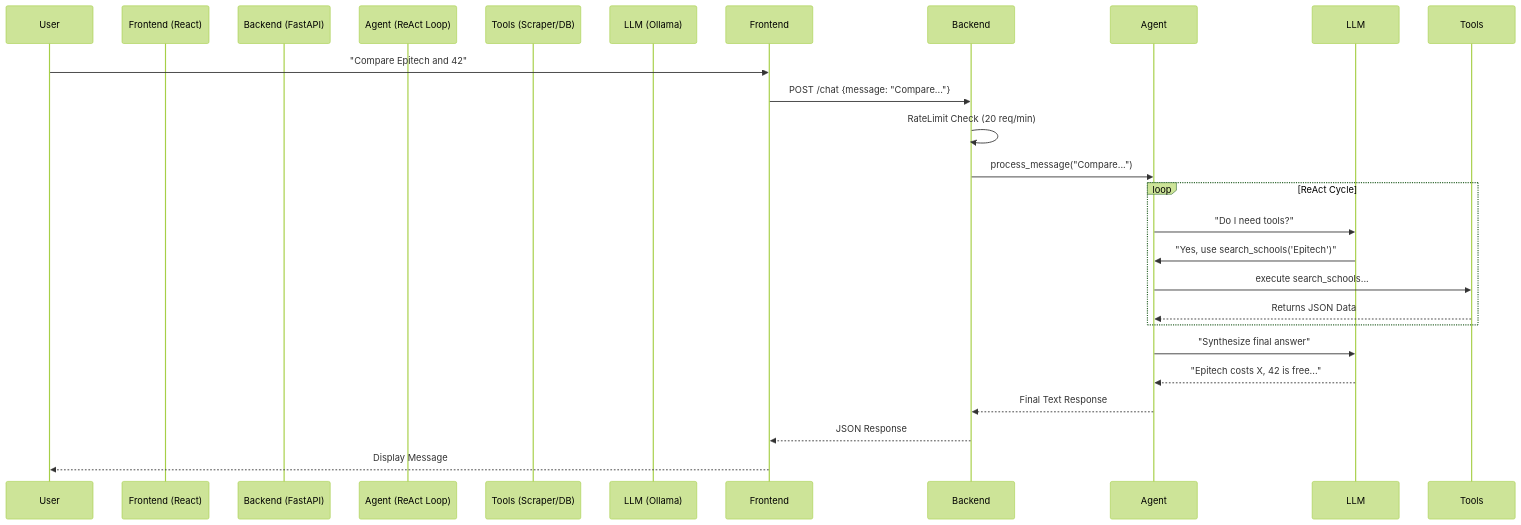
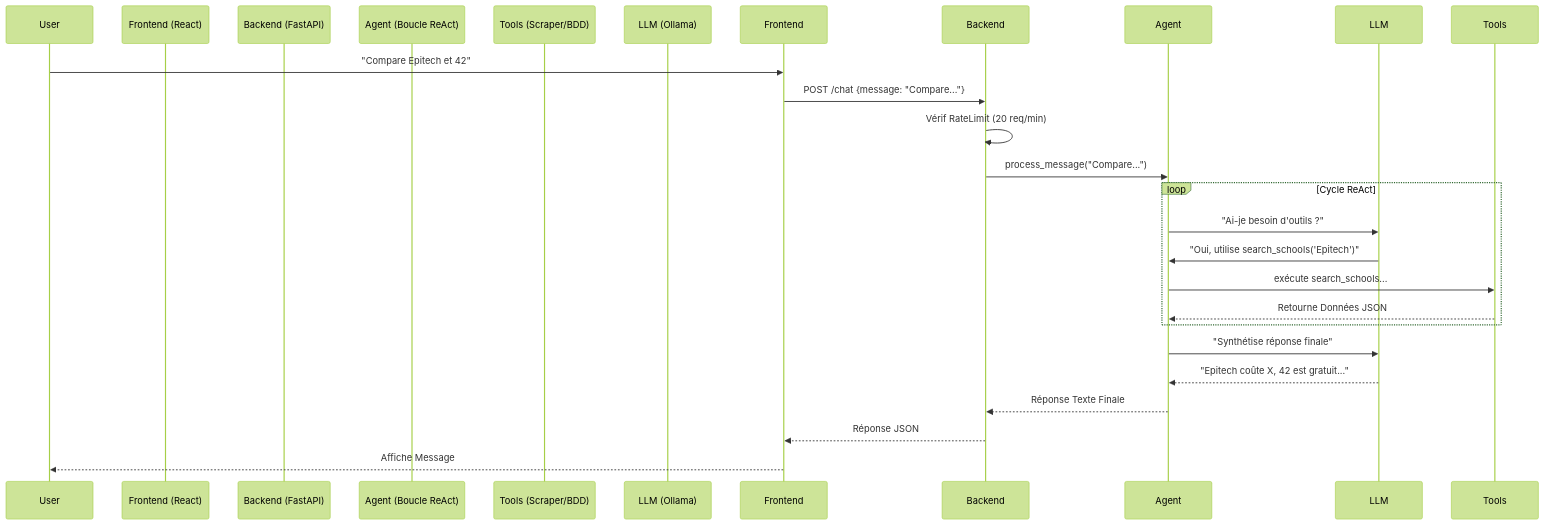
Before and after one commit to marcivan8/AI-Chatbot: the diagram in TECHNICAL_REPORT.md, drawn with Mermaid (forest theme). The commit also changed other lines of this file and 3 other files, not shown here.

````diff
--- a/TECHNICAL_REPORT.md
+++ b/TECHNICAL_REPORT.md
@@ -31,25 +31,25 @@
 ```mermaid
 sequenceDiagram
     participant User
     participant Frontend (React)
     participant Backend (FastAPI)
-    participant Agent (ReAct Loop)
-    participant Tools (Scraper/DB)
+    participant Agent (Boucle ReAct)
+    participant Tools (Scraper/BDD)
     participant LLM (Ollama)
 
-    User->>Frontend: "Compare Epitech and 42"
+    User->>Frontend: "Compare Epitech et 42"
     Frontend->>Backend: POST /chat {message: "Compare..."}
-    Backend->>Backend: RateLimit Check (20 req/min)
+    Backend->>Backend: Vérif RateLimit (20 req/min)
     Backend->>Agent: process_message("Compare...")
-    loop ReAct Cycle
-        Agent->>LLM: "Do I need tools?"
-        LLM->>Agent: "Yes, use search_schools('Epitech')"
-        Agent->>Tools: execute search_schools...
-        Tools-->>Agent: Returns JSON Data
+    loop Cycle ReAct
+        Agent->>LLM: "Ai-je besoin d'outils ?"
+        LLM->>Agent: "Oui, utilise search_schools('Epitech')"
+        Agent->>Tools: exécute search_schools...
+        Tools-->>Agent: Retourne Données JSON
     end
-    Agent->>LLM: "Synthesize final answer"
-    LLM-->>Agent: "Epitech costs X, 42 is free..."
-    Agent-->>Backend: Final Text Response
-    Backend-->>Frontend: JSON Response
-    Frontend-->>User: Display Message
+    Agent->>LLM: "Synthétise réponse finale"
+    LLM-->>Agent: "Epitech coûte X, 42 est gratuit..."
+    Agent-->>Backend: Réponse Texte Finale
+    Backend-->>Frontend: Réponse JSON
+    Frontend-->>User: Affiche Message
 ```
````
